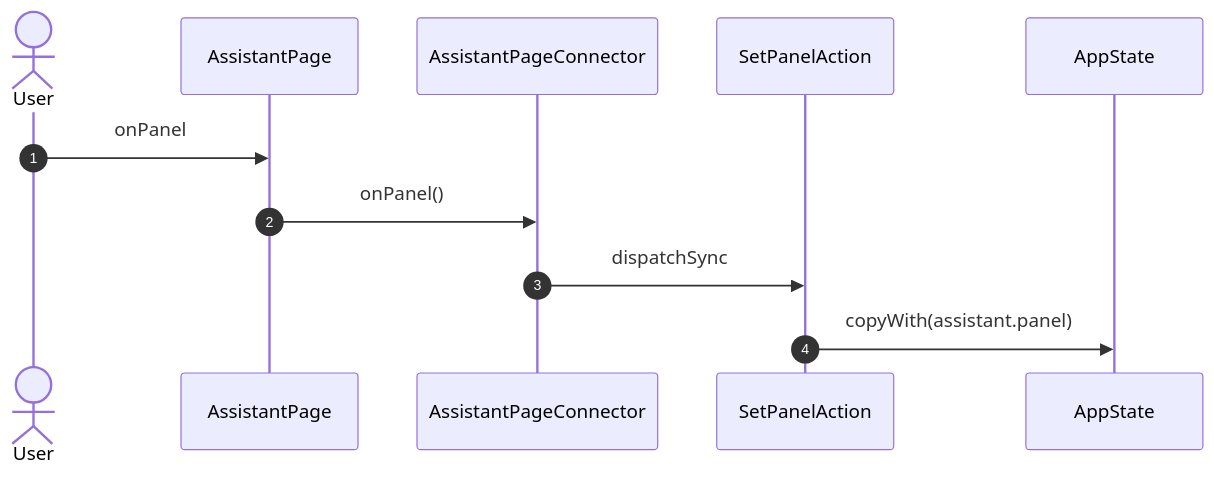
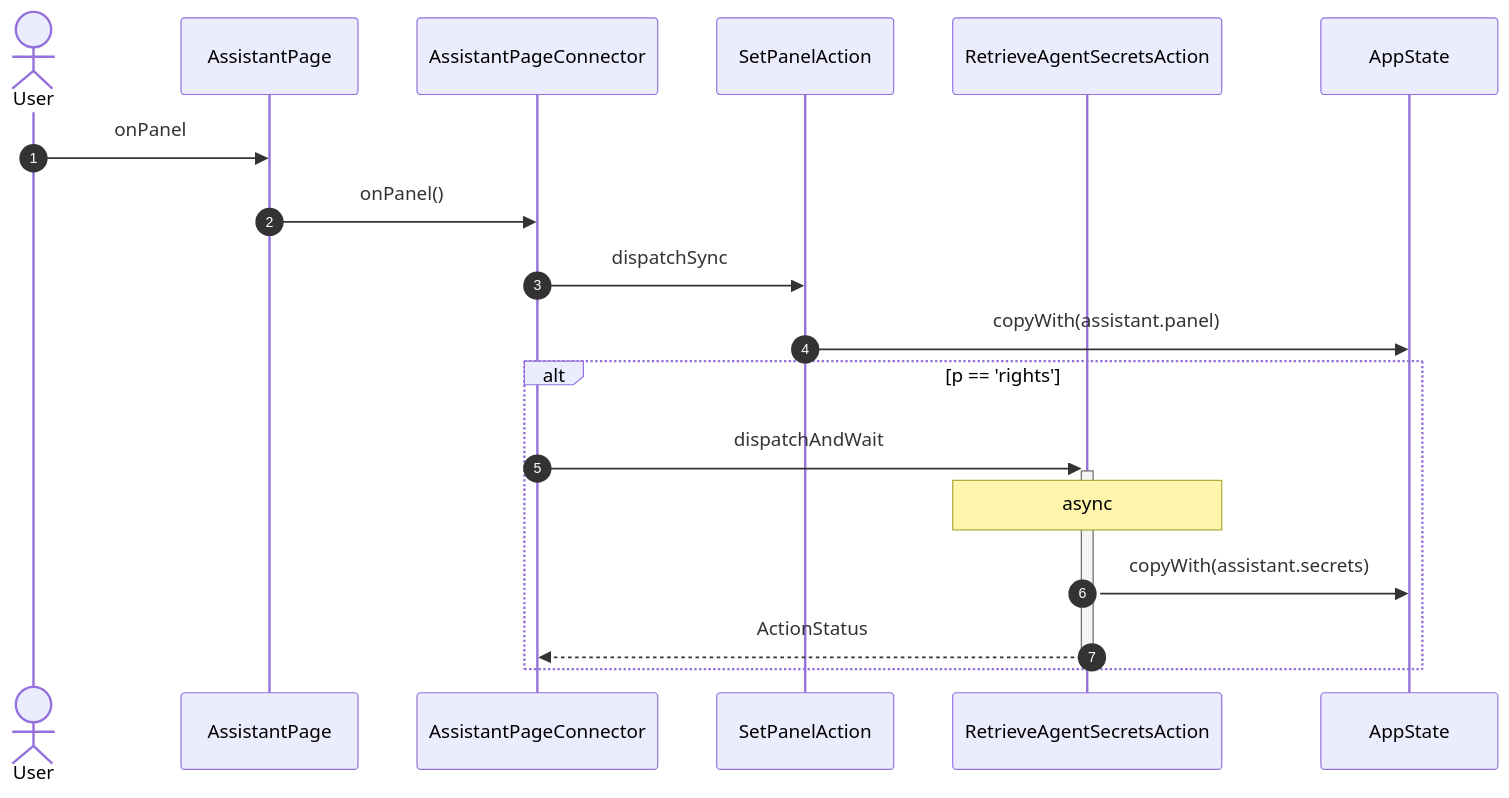
Before and after one commit to gencto/wyrm: diagram 20 of 22 in studio/docs/flows/assistant.md, drawn with Mermaid. The commit also changed other lines of this file and 32 other files, not shown here.

````diff
--- a/studio/docs/flows/assistant.md
+++ b/studio/docs/flows/assistant.md
@@ -294,14 +396,21 @@
 ```mermaid
 sequenceDiagram
     autonumber
     actor User
     participant UI as AssistantPage
     participant VM as AssistantPageConnector
     participant A1 as SetPanelAction
+    participant A2 as RetrieveAgentSecretsAction
     participant ST as AppState
 
     User->>UI: onPanel
     UI->>VM: onPanel()
     VM->>A1: dispatchSync
     A1->>ST: copyWith(assistant.panel)
+    alt p == 'rights'
+        VM->>+A2: dispatchAndWait
+        Note over A2: async
+        A2->>ST: copyWith(assistant.secrets)
+        A2-->>-VM: ActionStatus
+    end
 ```
````
